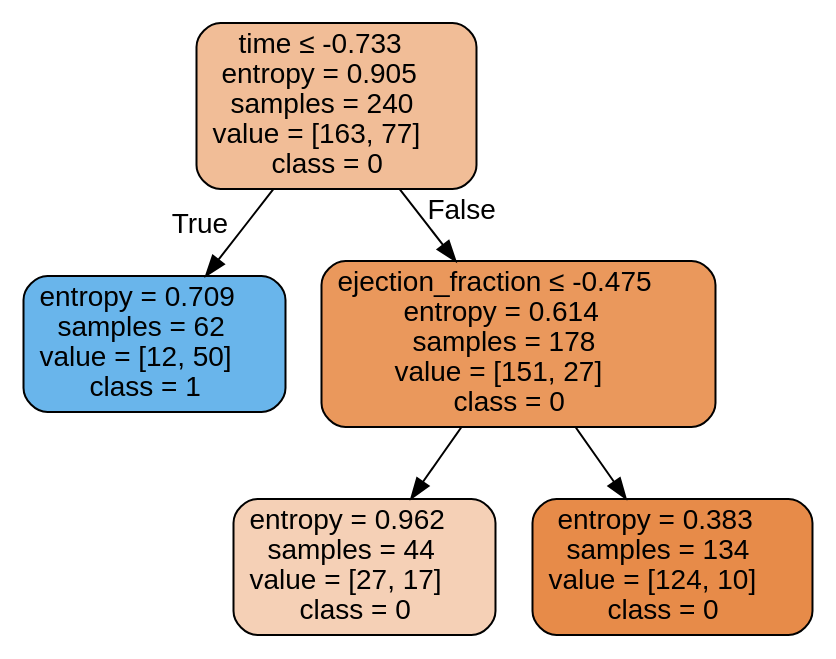
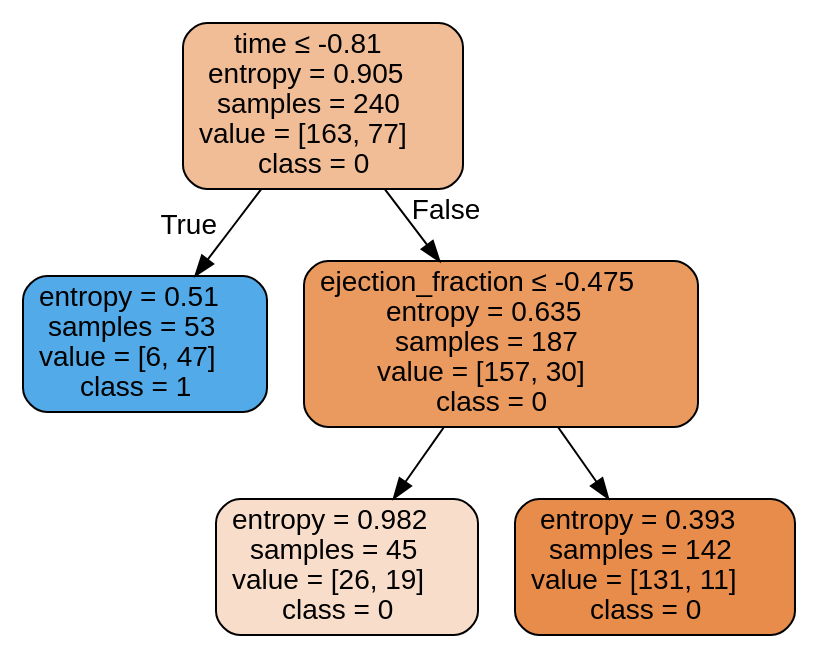
The diagram in Labs/Results/DecisionTrees/Original/HFCR - Original - dtree.dot (isabelSoares/CD-2021), drawn with Graphviz before and after one commit. The commit also changed 132 other files, not shown here.

```diff
--- a/Labs/Results/DecisionTrees/Original/HFCR - Original - dtree.dot
+++ b/Labs/Results/DecisionTrees/Original/HFCR - Original - dtree.dot
@@ -1,13 +1,13 @@
 digraph Tree {
 node [shape=box, style="filled, rounded", color="black", fontname=helvetica] ;
 edge [fontname=helvetica] ;
-0 [label=<time &le; -0.733<br/>entropy = 0.905<br/>samples = 240<br/>value = [163, 77]<br/>class = 0>, fillcolor="#f1bd97"] ;
-1 [label=<entropy = 0.709<br/>samples = 62<br/>value = [12, 50]<br/>class = 1>, fillcolor="#69b5eb"] ;
+0 [label=<time &le; -0.81<br/>entropy = 0.905<br/>samples = 240<br/>value = [163, 77]<br/>class = 0>, fillcolor="#f1bd97"] ;
+1 [label=<entropy = 0.51<br/>samples = 53<br/>value = [6, 47]<br/>class = 1>, fillcolor="#52aae8"] ;
 0 -> 1 [labeldistance=2.5, labelangle=45, headlabel="True"] ;
-2 [label=<ejection_fraction &le; -0.475<br/>entropy = 0.614<br/>samples = 178<br/>value = [151, 27]<br/>class = 0>, fillcolor="#ea985c"] ;
+2 [label=<ejection_fraction &le; -0.475<br/>entropy = 0.635<br/>samples = 187<br/>value = [157, 30]<br/>class = 0>, fillcolor="#ea995f"] ;
 0 -> 2 [labeldistance=2.5, labelangle=-45, headlabel="False"] ;
-3 [label=<entropy = 0.962<br/>samples = 44<br/>value = [27, 17]<br/>class = 0>, fillcolor="#f5d0b6"] ;
+3 [label=<entropy = 0.982<br/>samples = 45<br/>value = [26, 19]<br/>class = 0>, fillcolor="#f8ddca"] ;
 2 -> 3 ;
-4 [label=<entropy = 0.383<br/>samples = 134<br/>value = [124, 10]<br/>class = 0>, fillcolor="#e78b49"] ;
+4 [label=<entropy = 0.393<br/>samples = 142<br/>value = [131, 11]<br/>class = 0>, fillcolor="#e78c4a"] ;
 2 -> 4 ;
 }
```
